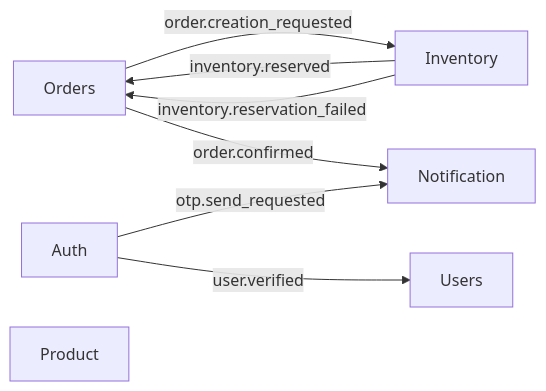
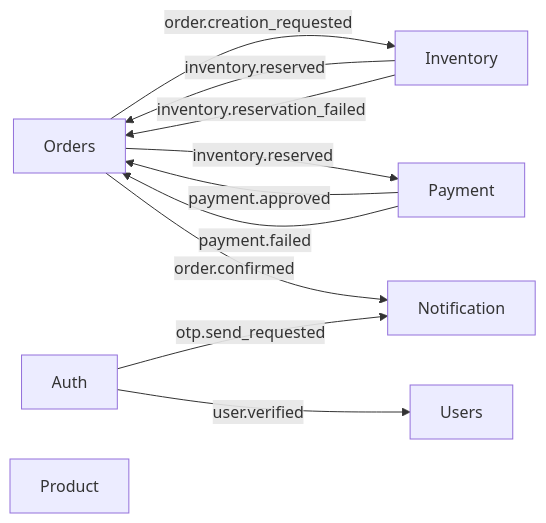
One commit to zYasuo/dl-orders changed the diagram in README.md. Above: the diagram before and after it, drawn with Mermaid. The commit also changed other lines of this file and 2 other files, not shown here.

First line of the commit message:
feat: update README to reflect addition of payment service and event handling

````diff
--- a/README.md
+++ b/README.md
@@ -30,10 +30,13 @@
 ```mermaid
 flowchart LR
     Orders -->|"order.creation_requested"| Inventory
     Inventory -->|"inventory.reserved"| Orders
     Inventory -->|"inventory.reservation_failed"| Orders
+    Orders -->|"inventory.reserved"| Payment
+    Payment -->|"payment.approved"| Orders
+    Payment -->|"payment.failed"| Orders
     Orders -->|"order.confirmed"| Notification
     Auth -->|"otp.send_requested"| Notification
     Auth -->|"user.verified"| Users
     Product[Product]
 ```
````
